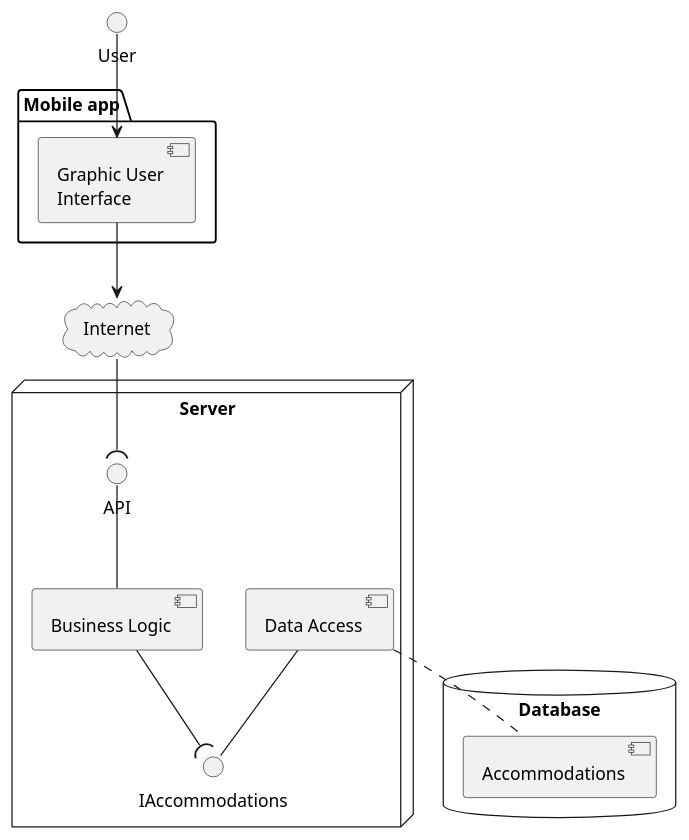
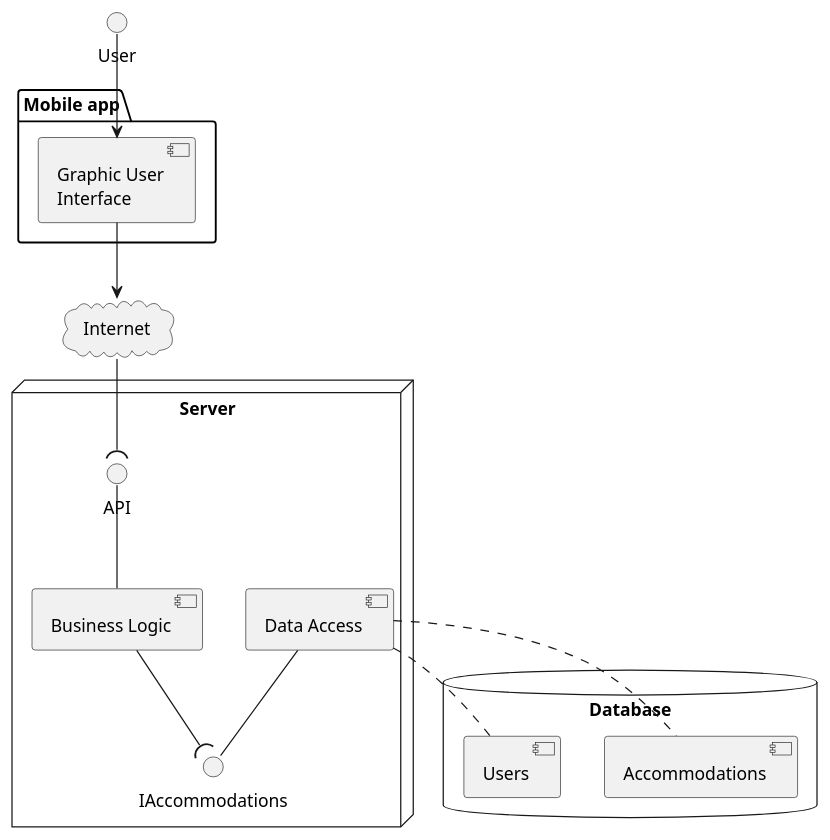
The diagram in diagrams/system-environment.pu (lecler-i/mani-home-specs), drawn with PlantUML before and after one commit.

Commit message:
Update diagram applicatif

```diff
--- a/diagrams/system-environment.pu
+++ b/diagrams/system-environment.pu
@@ -1,32 +1,34 @@
 @startuml
 
 cloud Internet
 
 node "Server" {
   interface API
   [Business Logic]
   [Data Access] as DA  
   interface IAccommodations
 }
 
 package "Mobile app" {
   component [Graphic User\nInterface] as GUI
 }
 
 database "Database" {
   [Accommodations]
+  [Users]
 }
 
 GUI -down-> Internet
 Internet -down-( API
 
 [Business Logic] -up- API
 DA -- IAccommodations
 [Business Logic] --( IAccommodations
 DA .. [Accommodations]
+DA .. [Users]
 
 User --> GUI
 
 
 
 @enduml
```
